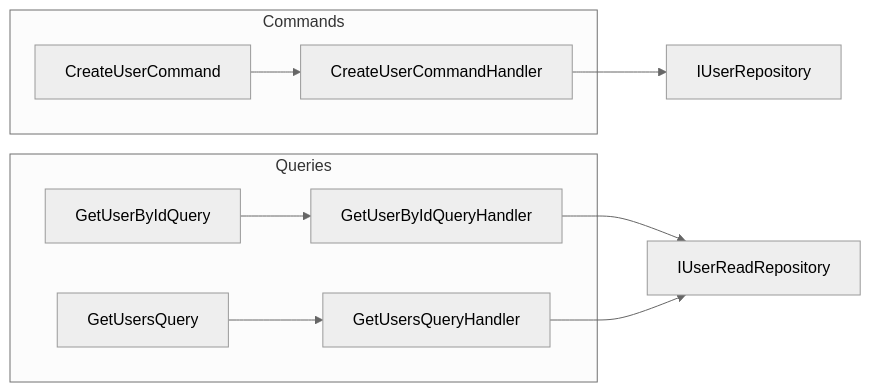
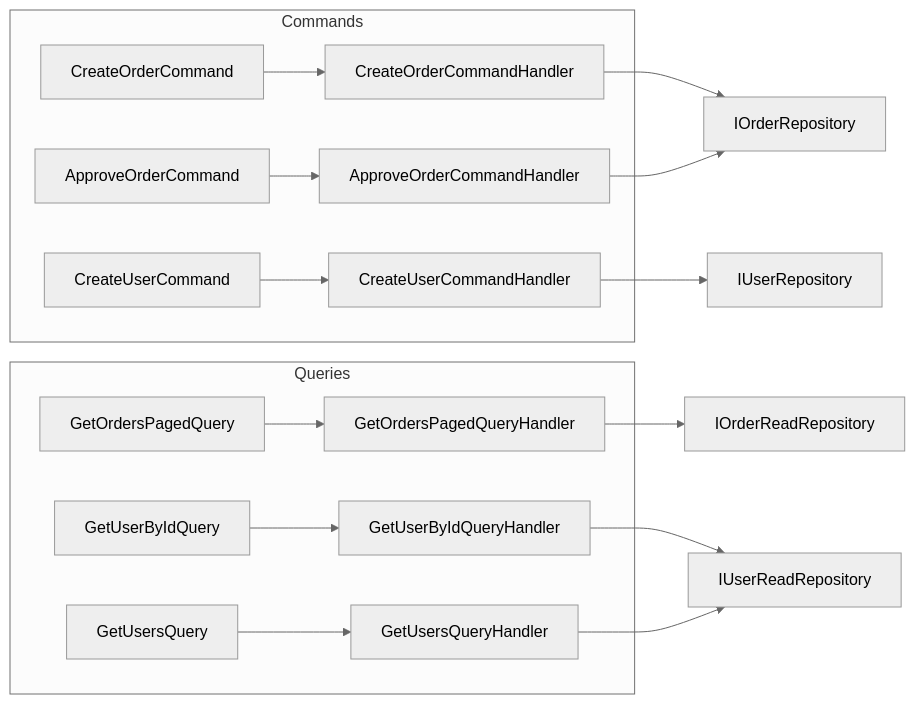
One commit to roberthsx/gestao-pedidos-minerva changed the first of 2 diagrams in Back-end/docs/cqrs-mediatr.md. Above: the diagram before and after it, drawn with Mermaid (neutral theme). The commit also changed other lines of this file and 2930 other files, not shown here.

````diff
--- a/Back-end/docs/cqrs-mediatr.md
+++ b/Back-end/docs/cqrs-mediatr.md
@@ -20,19 +20,31 @@
 ```mermaid
 flowchart LR
     subgraph Commands
-        C[CreateUserCommand]
-        CH[CreateUserCommandHandler]
-        C --> CH
+        C1[CreateOrderCommand]
+        C2[ApproveOrderCommand]
+        C3[CreateUserCommand]
+        H1[CreateOrderCommandHandler]
+        H2[ApproveOrderCommandHandler]
+        H3[CreateUserCommandHandler]
+        C1 --> H1
+        C2 --> H2
+        C3 --> H3
     end
     subgraph Queries
-        Q1[GetUserByIdQuery]
-        Q2[GetUsersQuery]
-        H1[GetUserByIdQueryHandler]
-        H2[GetUsersQueryHandler]
-        Q1 --> H1
-        Q2 --> H2
+        Q1[GetOrdersPagedQuery]
+        Q2[GetUserByIdQuery]
+        Q3[GetUsersQuery]
+        QH1[GetOrdersPagedQueryHandler]
+        QH2[GetUserByIdQueryHandler]
+        QH3[GetUsersQueryHandler]
+        Q1 --> QH1
+        Q2 --> QH2
+        Q3 --> QH3
     end
-    CH --> Repo[IUserRepository]
-    H1 --> ReadRepo[IUserReadRepository]
-    H2 --> ReadRepo
+    H1 --> REPO_W[IOrderRepository]
+    H2 --> REPO_W
+    H3 --> REPO_U[IUserRepository]
+    QH1 --> REPO_R[IOrderReadRepository]
+    QH2 --> REPO_U_R[IUserReadRepository]
+    QH3 --> REPO_U_R
 ```
````
